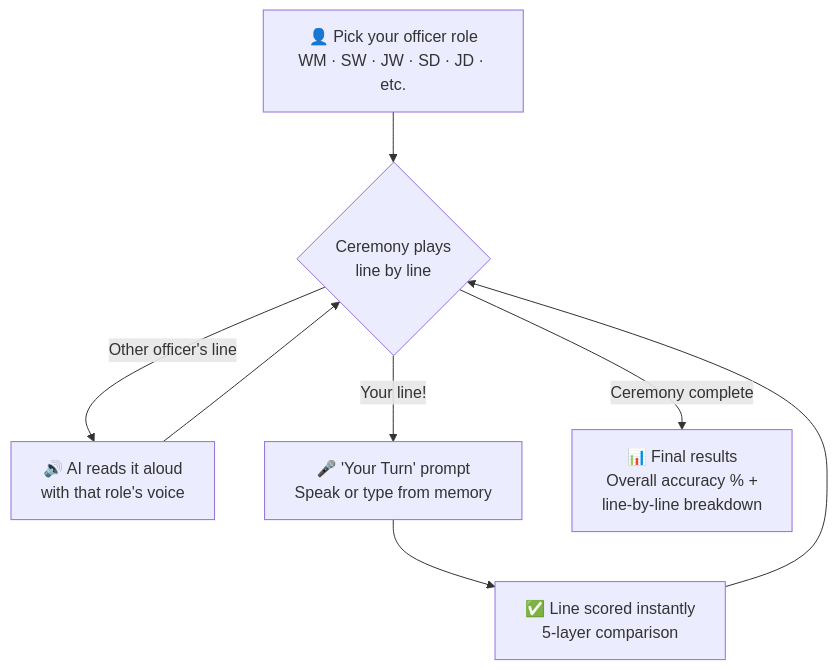
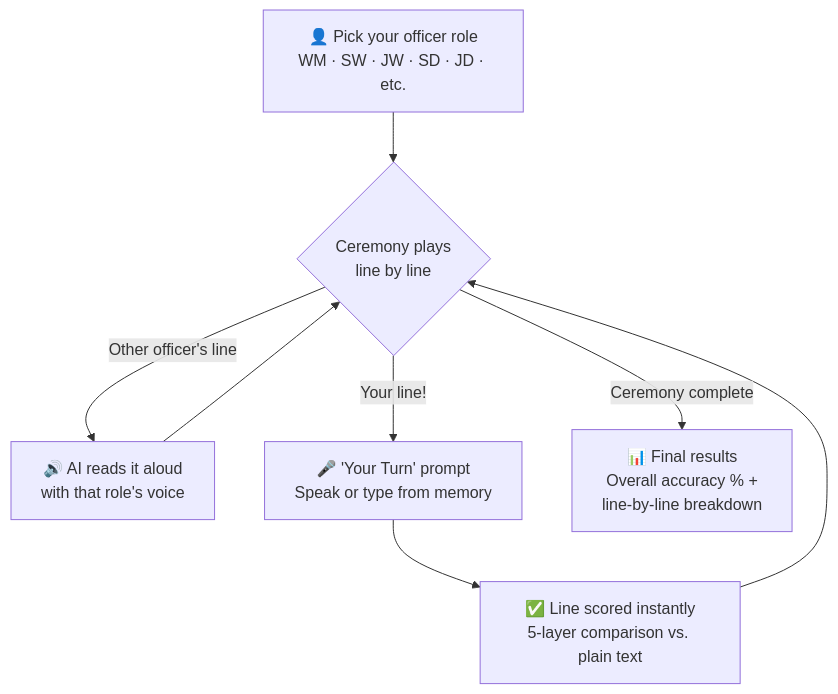
The sixth of 9 diagrams in README.md (mcleods777/Masonic-Ritual-AI-Mentor), drawn with Mermaid before and after one commit. The commit also changed other lines of this file and 4 other files, not shown here.

````diff
--- a/README.md
+++ b/README.md
@@ -91,11 +146,11 @@
 ```mermaid
 flowchart TB
     Pick["👤 Pick your officer role\nWM · SW · JW · SD · JD · etc."]
     Pick --> Loop{"Ceremony plays\nline by line"}
     Loop -->|"Other officer's line"| AI["🔊 AI reads it aloud\nwith that role's voice"]
     Loop -->|"Your line!"| You["🎤 'Your Turn' prompt\nSpeak or type from memory"]
     AI --> Loop
-    You --> Score["✅ Line scored instantly\n5-layer comparison"]
+    You --> Score["✅ Line scored instantly\n5-layer comparison vs. plain text"]
     Score --> Loop
     Loop -->|"Ceremony complete"| Results["📊 Final results\nOverall accuracy % +\nline-by-line breakdown"]
 ```
````
